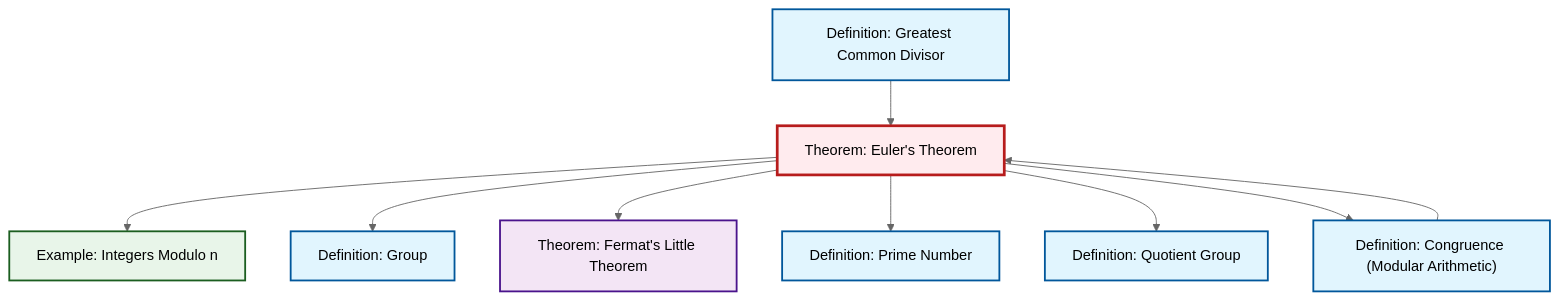
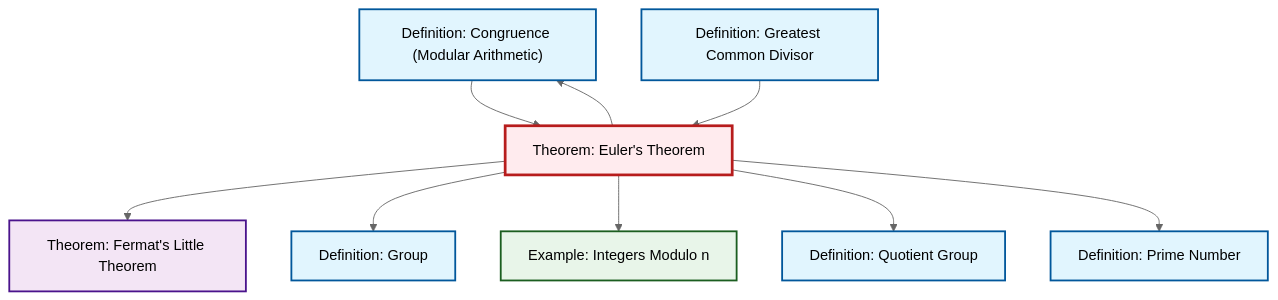
The diagram in content/ja/number-theory/thm-euler.qmd (RK0429/ModernMath), drawn with Mermaid (neutral theme) before and after one commit. The commit also changed other lines of this file and 619 other files, not shown here.

First line of the commit message:
feat: Add LCM (Least Common Multiple) definition with comprehensive cross-references

````diff
--- a/content/ja/number-theory/thm-euler.qmd
+++ b/content/ja/number-theory/thm-euler.qmd
@@ -53,33 +53,33 @@
 ```{mermaid}
 %%| fig-cap: "Local dependency graph"
 graph TD
     classDef definition fill:#e1f5fe,stroke:#01579b,stroke-width:2px
     classDef theorem fill:#f3e5f5,stroke:#4a148c,stroke-width:2px
     classDef axiom fill:#fff3e0,stroke:#e65100,stroke-width:2px
     classDef example fill:#e8f5e9,stroke:#1b5e20,stroke-width:2px
     classDef current fill:#ffebee,stroke:#b71c1c,stroke-width:3px
+    def-congruence["Definition: Congruence (Modular Arithmetic)"]:::definition
+    def-gcd["Definition: Greatest Common Divisor"]:::definition
+    def-prime["Definition: Prime Number"]:::definition
+    def-group["Definition: Group"]:::definition
+    def-quotient-group["Definition: Quotient Group"]:::definition
     ex-quotient-integers-mod-n["Example: Integers Modulo n"]:::example
     thm-euler["Theorem: Euler's Theorem"]:::theorem
-    def-gcd["Definition: Greatest Common Divisor"]:::definition
-    def-congruence["Definition: Congruence (Modular Arithmetic)"]:::definition
     thm-fermat-little["Theorem: Fermat's Little Theorem"]:::theorem
-    def-quotient-group["Definition: Quotient Group"]:::definition
-    def-prime["Definition: Prime Number"]:::definition
-    def-group["Definition: Group"]:::definition
+    thm-euler --> thm-fermat-little
     def-congruence --> thm-euler
+    thm-euler --> def-group
     thm-euler --> ex-quotient-integers-mod-n
+    thm-euler --> def-congruence
+    thm-euler --> def-quotient-group
+    thm-euler --> def-prime
     def-gcd --> thm-euler
-    thm-euler --> def-group
-    thm-euler --> thm-fermat-little
-    thm-euler --> def-prime
-    thm-euler --> def-quotient-group
-    thm-euler --> def-congruence
     class thm-euler current
-    click ex-quotient-integers-mod-n "ex-quotient-integers-mod-n.html" "Example: Integers Modulo nへ"
+    click def-congruence "def-congruence.html" "Definition: Congruence (Modular Arithmetic)へ"
     click def-gcd "def-gcd.html" "Definition: Greatest Common Divisorへ"
-    click def-congruence "def-congruence.html" "Definition: Congruence (Modular Arithmetic)へ"
-    click thm-fermat-little "thm-fermat-little.html" "Theorem: Fermat's Little Theoremへ"
-    click def-quotient-group "def-quotient-group.html" "Definition: Quotient Groupへ"
     click def-prime "def-prime.html" "Definition: Prime Numberへ"
     click def-group "def-group.html" "Definition: Groupへ"
+    click def-quotient-group "def-quotient-group.html" "Definition: Quotient Groupへ"
+    click ex-quotient-integers-mod-n "ex-quotient-integers-mod-n.html" "Example: Integers Modulo nへ"
+    click thm-fermat-little "thm-fermat-little.html" "Theorem: Fermat's Little Theoremへ"
 ```
````
